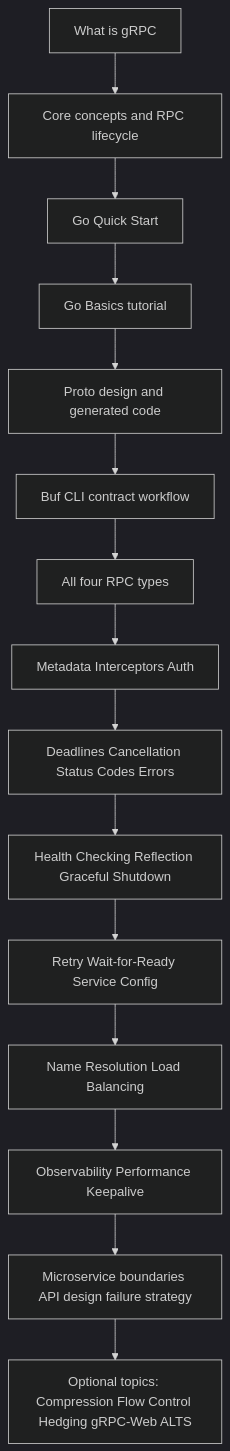
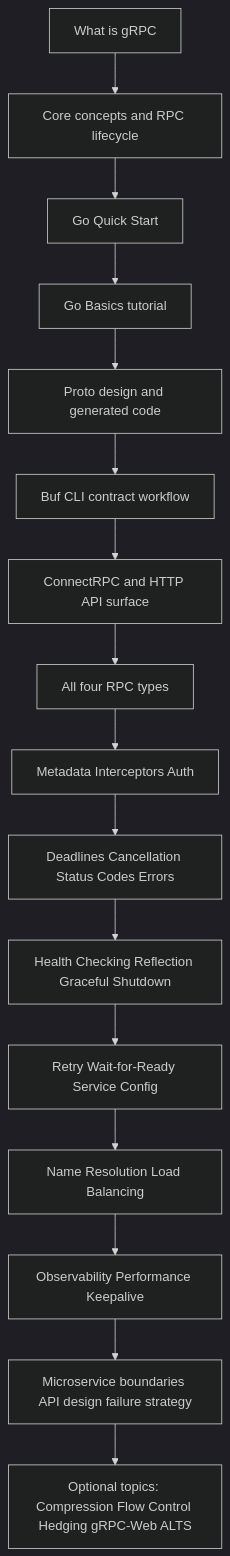
Before and after one commit to LeeDark/go-microservices-starter: the diagram in docs/learning/grpc-microservices-roadmap.md, drawn with Mermaid (dark theme). The commit also changed other lines of this file and 4 other files, not shown here.

````diff
--- a/docs/learning/grpc-microservices-roadmap.md
+++ b/docs/learning/grpc-microservices-roadmap.md
@@ -14,17 +14,18 @@
 ```mermaid
 flowchart TD
     A[What is gRPC] --> B[Core concepts and RPC lifecycle]
     B --> C[Go Quick Start]
     C --> D[Go Basics tutorial]
     D --> E[Proto design and generated code]
     E --> E2[Buf CLI contract workflow]
-    E2 --> F[All four RPC types]
+    E2 --> E3[ConnectRPC and HTTP API surface]
+    E3 --> F[All four RPC types]
     F --> G[Metadata Interceptors Auth]
     G --> H[Deadlines Cancellation Status Codes Errors]
     H --> I[Health Checking Reflection Graceful Shutdown]
     I --> J[Retry Wait-for-Ready Service Config]
     J --> K[Name Resolution Load Balancing]
     K --> L[Observability Performance Keepalive]
     L --> M[Microservice boundaries API design failure strategy]
     M --> N[Optional topics: Compression Flow Control Hedging gRPC-Web ALTS]
 ```
````
